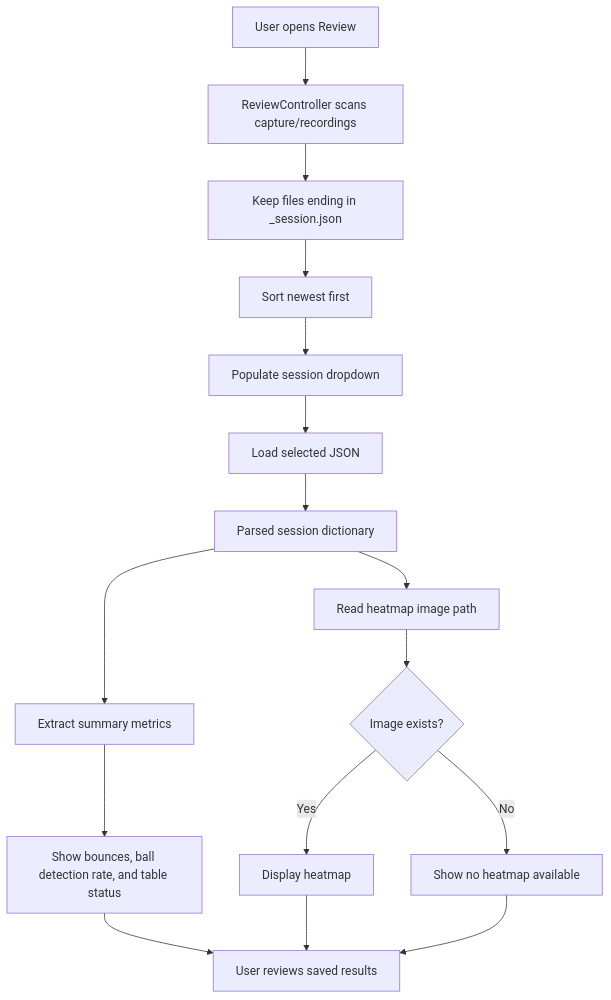
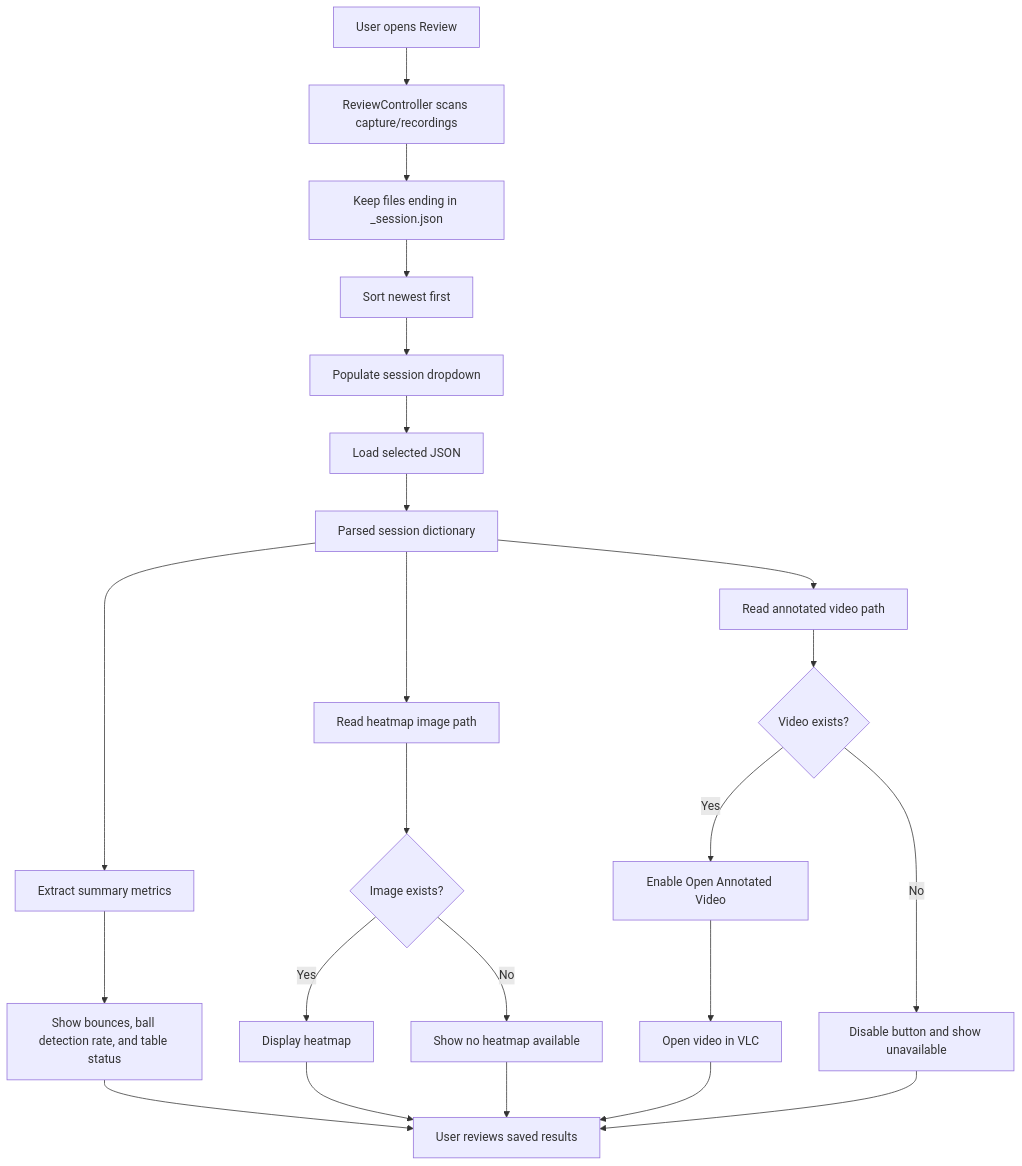
The diagram in jetson/docs/review_workflow.md (CoulterRolph/Capstone_Opencv), drawn with Mermaid before and after one commit. The commit also changed other lines of this file and 35 other files, not shown here.

````diff
--- a/jetson/docs/review_workflow.md
+++ b/jetson/docs/review_workflow.md
@@ -32,21 +32,28 @@
 ```mermaid
 flowchart TD
     Open[User opens Review] --> Scan[ReviewController scans capture/recordings]
     Scan --> Filter[Keep files ending in _session.json]
     Filter --> Sort[Sort newest first]
     Sort --> Dropdown[Populate session dropdown]
     Dropdown --> Select[Load selected JSON]
 
     Select --> SessionData[Parsed session dictionary]
     SessionData --> Metrics[Extract summary metrics]
     SessionData --> HeatmapPath[Read heatmap image path]
+    SessionData --> VideoPath[Read annotated video path]
 
     Metrics --> Boxes[Show bounces, ball detection rate, and table status]
     HeatmapPath --> Exists{Image exists?}
     Exists -->|Yes| Preview[Display heatmap]
     Exists -->|No| Missing[Show no heatmap available]
+    VideoPath --> VideoExists{Video exists?}
+    VideoExists -->|Yes| OpenButton[Enable Open Annotated Video]
+    VideoExists -->|No| VideoMissing[Disable button and show unavailable]
+    OpenButton --> VLC[Open video in VLC]
 
     Boxes --> User[User reviews saved results]
     Preview --> User
     Missing --> User
+    VLC --> User
+    VideoMissing --> User
 ```
````
